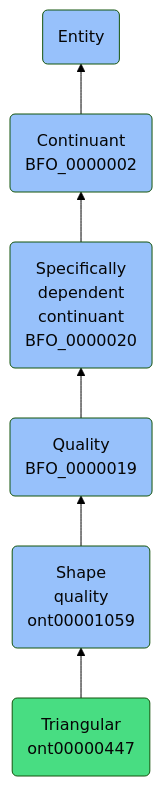
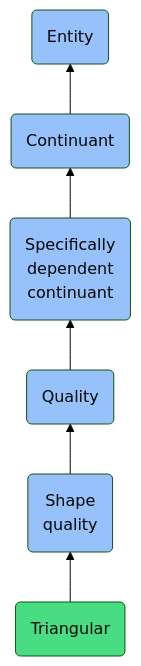
Before and after one commit to jupyter-naas/abi: the diagram in docs/ontology/reference/model/Entity/Continuant/Specifically dependent continuant/Quality/Shape quality/Triangular/Triangular.md, drawn with Mermaid (forest theme). The commit also changed other lines of this file and 1430 other files, not shown here.

````diff
--- a/docs/ontology/reference/model/Entity/Continuant/Specifically dependent continuant/Quality/Shape quality/Triangular/Triangular.md
+++ b/docs/ontology/reference/model/Entity/Continuant/Specifically dependent continuant/Quality/Shape quality/Triangular/Triangular.md
@@ -24,13 +24,13 @@
 ```mermaid
 graph BT
-    ont00000447(Triangular<br>ont00000447):::ABI-->ont00001059
-    ont00001059(Shape<br>quality<br>ont00001059):::BFO-->BFO_0000019
-    BFO_0000019(Quality<br>BFO_0000019):::BFO-->BFO_0000020
-    BFO_0000020(Specifically<br>dependent<br>continuant<br>BFO_0000020):::BFO-->BFO_0000002
-    BFO_0000002(Continuant<br>BFO_0000002):::BFO-->BFO_0000001
+    ont00000447(Triangular):::ABI-->ont00001059
+    ont00001059(Shape<br>quality):::BFO-->BFO_0000019
+    BFO_0000019(Quality):::BFO-->BFO_0000020
+    BFO_0000020(Specifically<br>dependent<br>continuant):::BFO-->BFO_0000002
+    BFO_0000002(Continuant):::BFO-->BFO_0000001
     BFO_0000001(Entity):::BFO
     
     classDef BFO fill:#97c1fb,color:#060606
     classDef CCO fill:#e4c51e,color:#060606
     classDef ABI fill:#48DD82,color:#060606
 ```
````
